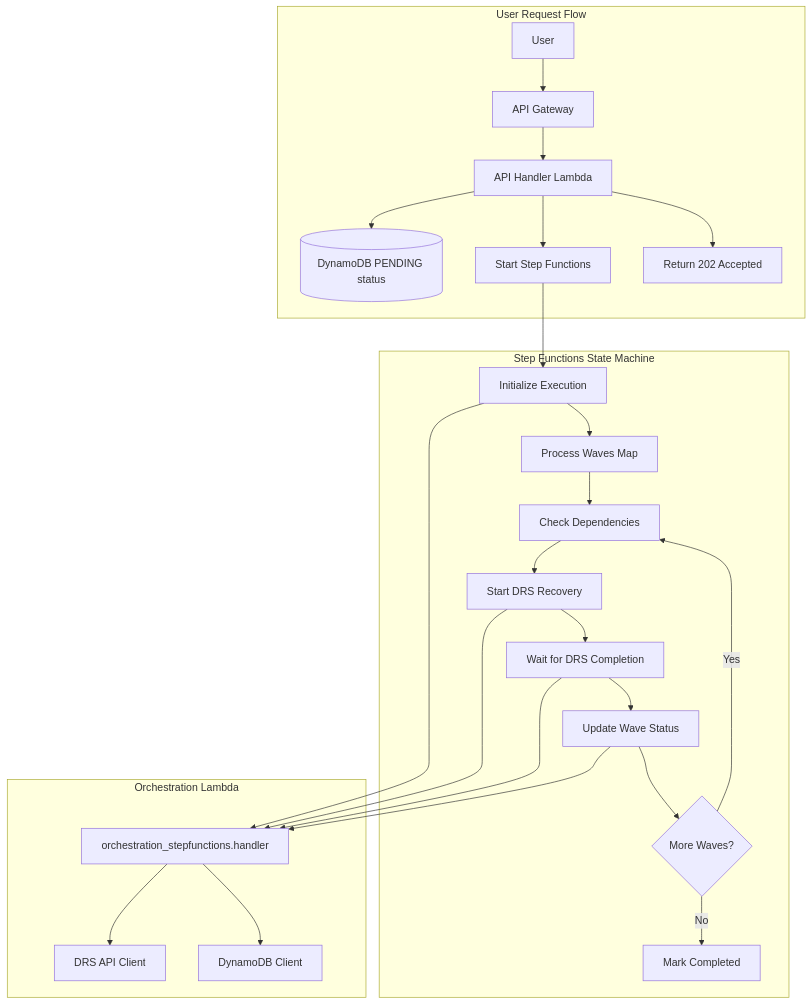
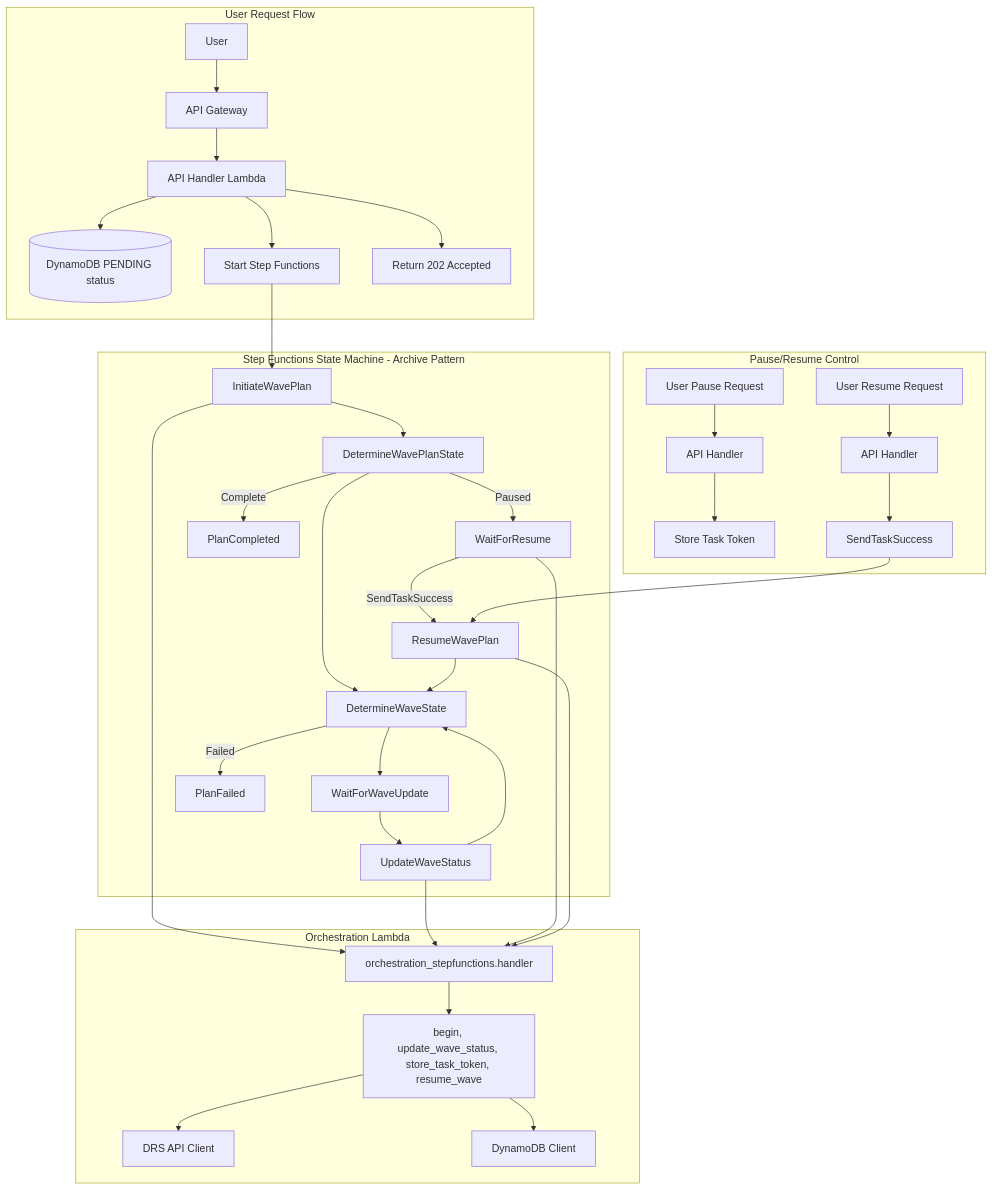
The first of 3 diagrams in docs/architecture/STEP_FUNCTIONS_ANALYSIS.md (johnjcousens/aws-elasticdrs-orchestrator), drawn with Mermaid before and after one commit. The commit also changed other lines of this file and 16 other files, not shown here.

````diff
--- a/docs/architecture/STEP_FUNCTIONS_ANALYSIS.md
+++ b/docs/architecture/STEP_FUNCTIONS_ANALYSIS.md
@@ -27,33 +29,44 @@
 ```mermaid
 flowchart TD
     subgraph UserRequest["User Request Flow"]
         User[User] --> APIGW[API Gateway]
         APIGW --> APIHandler[API Handler Lambda]
         APIHandler --> DDB1[(DynamoDB PENDING status)]
         APIHandler --> StartSF[Start Step Functions]
         APIHandler --> Return[Return 202 Accepted]
     end
     
-    subgraph StepFunctions["Step Functions State Machine"]
-        Init[Initialize Execution] --> ProcessWaves[Process Waves Map]
-        ProcessWaves --> CheckDeps[Check Dependencies]
-        CheckDeps --> StartDRS[Start DRS Recovery]
-        StartDRS --> WaitDRS[Wait for DRS Completion]
-        WaitDRS --> UpdateStatus[Update Wave Status]
-        UpdateStatus --> NextWave{More Waves?}
-        NextWave -->|Yes| CheckDeps
-        NextWave -->|No| Complete[Mark Completed]
+    subgraph StepFunctions["Step Functions State Machine - Archive Pattern"]
+        Init[InitiateWavePlan] --> DeterminePlan[DetermineWavePlanState]
+        DeterminePlan --> DetermineWave[DetermineWaveState]
+        DetermineWave --> WaitUpdate[WaitForWaveUpdate]
+        WaitUpdate --> UpdateStatus[UpdateWaveStatus]
+        UpdateStatus --> DetermineWave
+        DeterminePlan -->|Paused| WaitResume[WaitForResume]
+        WaitResume -->|SendTaskSuccess| ResumePlan[ResumeWavePlan]
+        ResumePlan --> DetermineWave
+        DeterminePlan -->|Complete| Success[PlanCompleted]
+        DetermineWave -->|Failed| Failed[PlanFailed]
     end
     
     subgraph OrchestrationLambda["Orchestration Lambda"]
         Handler[orchestration_stepfunctions.handler]
-        Handler --> DRSClient[DRS API Client]
-        Handler --> DDBClient[DynamoDB Client]
+        Handler --> Actions[begin, update_wave_status, store_task_token, resume_wave]
+        Actions --> DRSClient[DRS API Client]
+        Actions --> DDBClient[DynamoDB Client]
+    end
+    
+    subgraph PauseResume["Pause/Resume Control"]
+        UserPause[User Pause Request] --> APIHandler2[API Handler]
+        APIHandler2 --> StoreToken[Store Task Token]
+        UserResume[User Resume Request] --> APIHandler3[API Handler]
+        APIHandler3 --> SendSuccess[SendTaskSuccess]
+        SendSuccess --> ResumePlan
     end
     
     StartSF --> Init
     Init --> Handler
-    StartDRS --> Handler
-    WaitDRS --> Handler
     UpdateStatus --> Handler
+    WaitResume --> Handler
+    ResumePlan --> Handler
 ```
````
